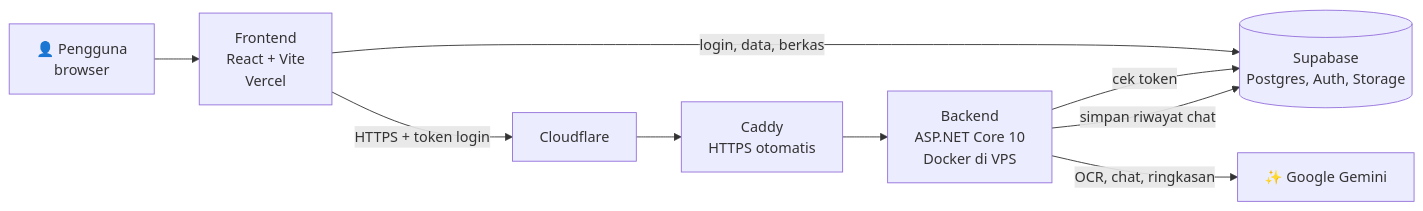
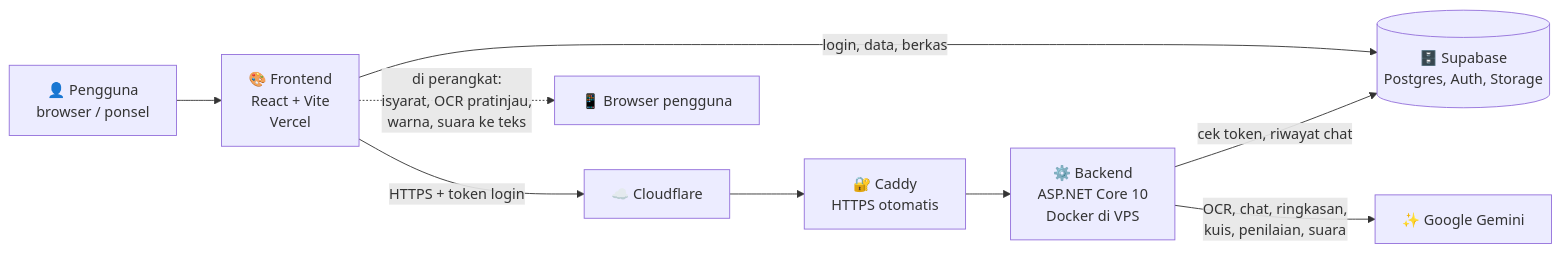
One commit to MuhammadHadistRifannan/Hope-AI changed the seventh of 11 diagrams in README.md. Above: the diagram before and after it, drawn with Mermaid. The commit also changed other lines of this file, not shown here.

Commit message:
README lebih deskriptif dengan diagram alur setiap fitur

````diff
--- a/README.md
+++ b/README.md
@@ -73,11 +236,11 @@
 ```mermaid
 flowchart LR
-    U[👤 Pengguna<br/>browser] --> FE[Frontend<br/>React + Vite<br/>Vercel]
-    FE -->|login, data, berkas| SB[(Supabase<br/>Postgres, Auth, Storage)]
-    FE -->|HTTPS + token login| CF[Cloudflare]
-    CF --> CADDY[Caddy<br/>HTTPS otomatis]
-    CADDY --> BE[Backend<br/>ASP.NET Core 10<br/>Docker di VPS]
-    BE -->|cek token| SB
-    BE -->|simpan riwayat chat| SB
-    BE -->|OCR, chat, ringkasan| AI[✨ Google Gemini]
+    U["👤 Pengguna<br/>browser / ponsel"] --> FE["🎨 Frontend<br/>React + Vite<br/>Vercel"]
+    FE -->|"login, data, berkas"| SB[("🗄️ Supabase<br/>Postgres, Auth, Storage")]
+    FE -->|"HTTPS + token login"| CF["☁️ Cloudflare"]
+    CF --> CADDY["🔐 Caddy<br/>HTTPS otomatis"]
+    CADDY --> BE["⚙️ Backend<br/>ASP.NET Core 10<br/>Docker di VPS"]
+    BE -->|"cek token, riwayat chat"| SB
+    BE -->|"OCR, chat, ringkasan,<br/>kuis, penilaian, suara"| AI["✨ Google Gemini"]
+    FE -.->|"di perangkat:<br/>isyarat, OCR pratinjau,<br/>warna, suara ke teks"| DEV["📱 Browser pengguna"]
 ```
````
